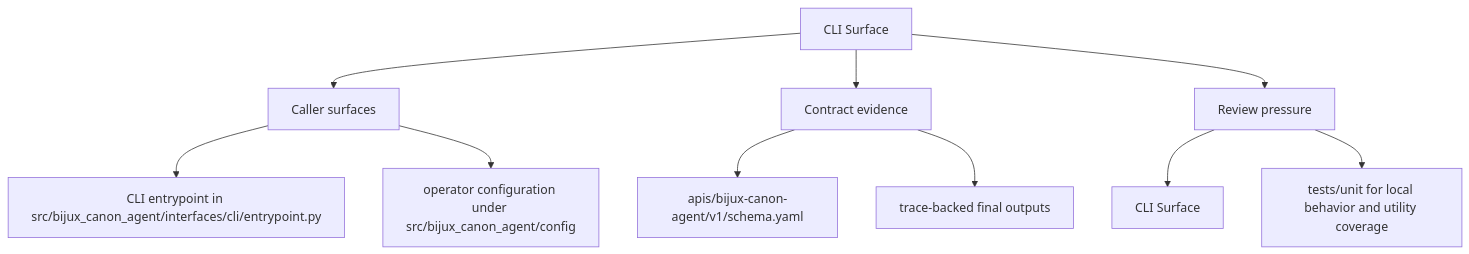
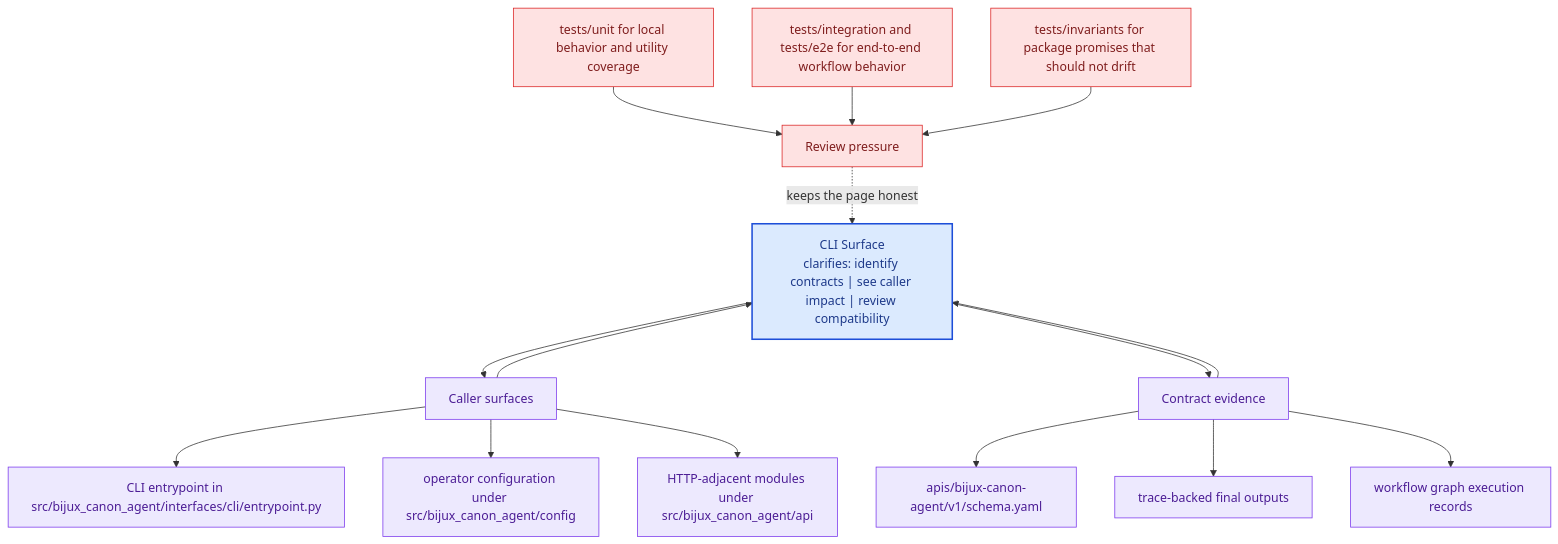
The second of 2 diagrams in docs/bijux-canon-agent/interfaces/cli-surface.md (bijux/bijux-canon), drawn with Mermaid before and after one commit. The commit also changed other lines of this file and 281 other files, not shown here.

Commit message:
docs(diagrams): deepen handbook mermaid maps across the catalog

````diff
--- a/docs/bijux-canon-agent/interfaces/cli-surface.md
+++ b/docs/bijux-canon-agent/interfaces/cli-surface.md
@@ -36,22 +69,41 @@
 ```mermaid
-flowchart TD
-    page["CLI Surface"]
+flowchart TB
+    promise["CLI Surface<br/>clarifies: identify contracts | see caller impact | review compatibility"]
+    classDef promise fill:#dbeafe,stroke:#1d4ed8,color:#1e3a8a,stroke-width:2px;
+    classDef driver fill:#dcfce7,stroke:#16a34a,color:#14532d;
+    classDef constraint fill:#fee2e2,stroke:#dc2626,color:#7f1d1d;
+    classDef ground fill:#ede9fe,stroke:#7c3aed,color:#4c1d95;
     focus1["Caller surfaces"]
-    page --> focus1
+    focus1 --> promise
+    promise --> focus1
     focus1_1["CLI entrypoint in src/bijux_canon_agent/interfaces/cli/entrypoint.py"]
     focus1 --> focus1_1
     focus1_2["operator configuration under src/bijux_canon_agent/config"]
     focus1 --> focus1_2
+    focus1_3["HTTP-adjacent modules under src/bijux_canon_agent/api"]
+    focus1 --> focus1_3
+    class focus1 ground;
+    class focus1_1,focus1_2,focus1_3 ground;
     focus2["Contract evidence"]
-    page --> focus2
+    focus2 --> promise
+    promise --> focus2
     focus2_1["apis/bijux-canon-agent/v1/schema.yaml"]
     focus2 --> focus2_1
     focus2_2["trace-backed final outputs"]
     focus2 --> focus2_2
+    focus2_3["workflow graph execution records"]
+    focus2 --> focus2_3
+    class focus2 ground;
+    class focus2_1,focus2_2,focus2_3 ground;
     focus3["Review pressure"]
-    page --> focus3
-    focus3_1["CLI Surface"]
-    focus3 --> focus3_1
-    focus3_2["tests/unit for local behavior and utility coverage"]
-    focus3 --> focus3_2
+    focus3 -.keeps the page honest.-> promise
+    focus3_1["tests/unit for local behavior and utility coverage"]
+    focus3_1 --> focus3
+    focus3_2["tests/integration and tests/e2e for end-to-end workflow behavior"]
+    focus3_2 --> focus3
+    focus3_3["tests/invariants for package promises that should not drift"]
+    focus3_3 --> focus3
+    class focus3 constraint;
+    class focus3_1,focus3_2,focus3_3 constraint;
+    class promise promise;
 ```
````
